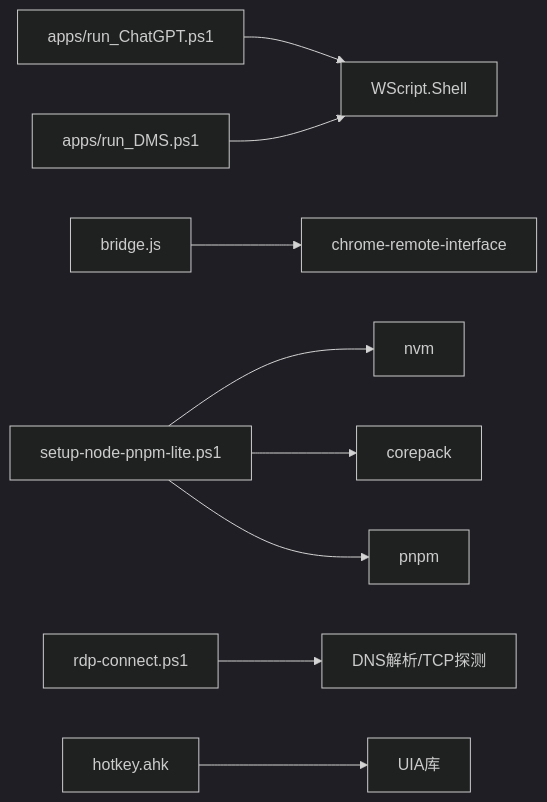
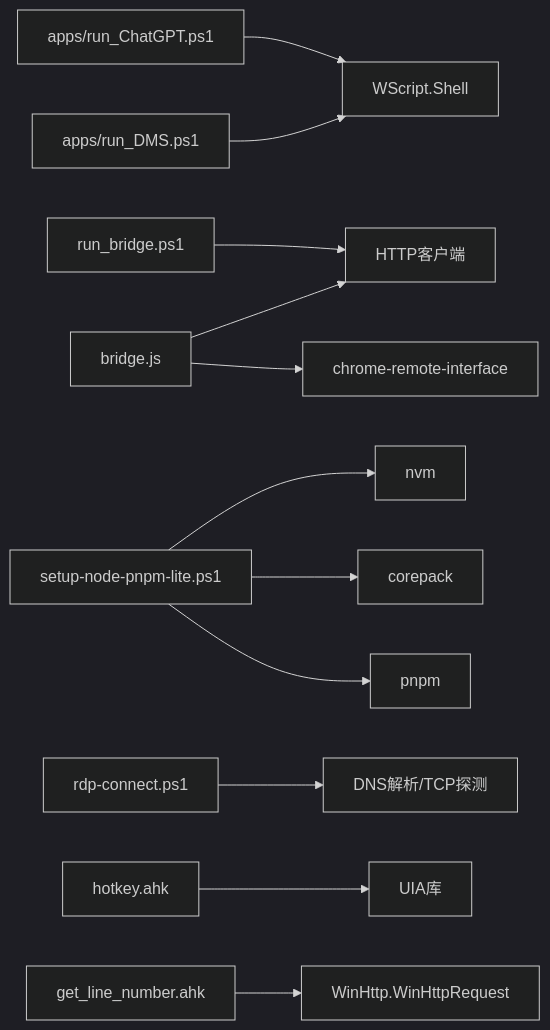
One commit to wangys-123doit/hotkey changed the eighth of 8 diagrams in .qoder/repowiki/zh/content/外部工具集成/PowerShell集成.md. Above: the diagram before and after it, drawn with Mermaid (dark theme). The commit also changed other lines of this file and 5 other files, not shown here.

````diff
--- a/.qoder/repowiki/zh/content/外部工具集成/PowerShell集成.md
+++ b/.qoder/repowiki/zh/content/外部工具集成/PowerShell集成.md
@@ -280,11 +341,14 @@
 ```mermaid
 graph LR
 PS1["apps/run_ChatGPT.ps1"] --> WS["WScript.Shell"]
 PS2["apps/run_DMS.ps1"] --> WS
+PS3["run_bridge.ps1"] --> HTTP["HTTP客户端"]
 BR["bridge.js"] --> CDP["chrome-remote-interface"]
+BR --> HTTP
 ENV["setup-node-pnpm-lite.ps1"] --> NVM["nvm"]
 ENV --> COREPACK["corepack"]
 ENV --> PNPM["pnpm"]
 RDP["rdp-connect.ps1"] --> DNS["DNS解析/TCP探测"]
 AHK["hotkey.ahk"] --> UIA["UIA库"]
+AHK2["get_line_number.ahk"] --> WINHTTP["WinHttp.WinHttpRequest"]
 ```
````
